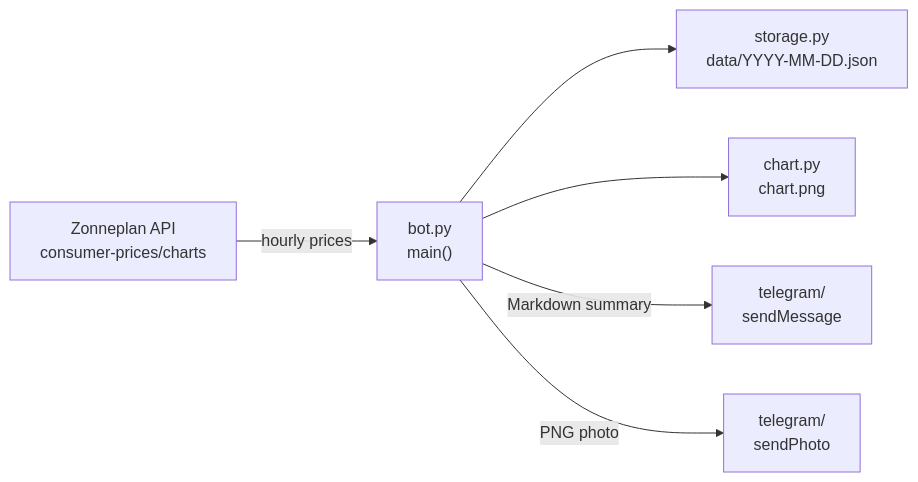
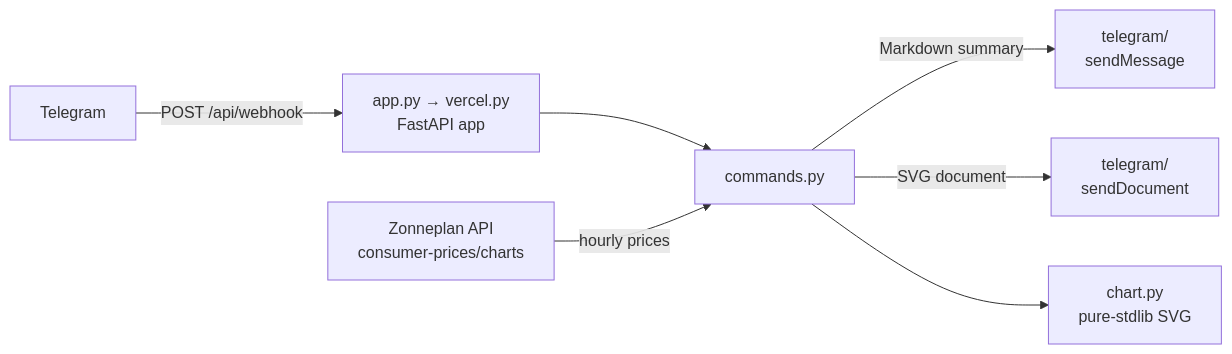
Before and after one commit to Crissal1995/zonneplan-telegram: the diagram in README.md, drawn with Mermaid. The commit also changed other lines of this file and 14 other files, not shown here.

````diff
--- a/README.md
+++ b/README.md
@@ -9,8 +20,9 @@
 ```mermaid
 flowchart LR
-    A["Zonneplan API<br/>consumer-prices/charts"] -->|hourly prices| B["bot.py<br/>main()"]
-    B --> C["storage.py<br/>data/YYYY-MM-DD.json"]
-    B --> D["chart.py<br/>chart.png"]
+    T["Telegram"] -->|"POST /api/webhook"| V["app.py → vercel.py<br/>FastAPI app"]
+    V --> B["commands.py"]
+    A["Zonneplan API<br/>consumer-prices/charts"] -->|hourly prices| B
     B -->|Markdown summary| E["telegram/<br/>sendMessage"]
-    B -->|PNG photo| F["telegram/<br/>sendPhoto"]
+    B -->|SVG document| F["telegram/<br/>sendDocument"]
+    B --> D["chart.py<br/>pure-stdlib SVG"]
 ```
````
